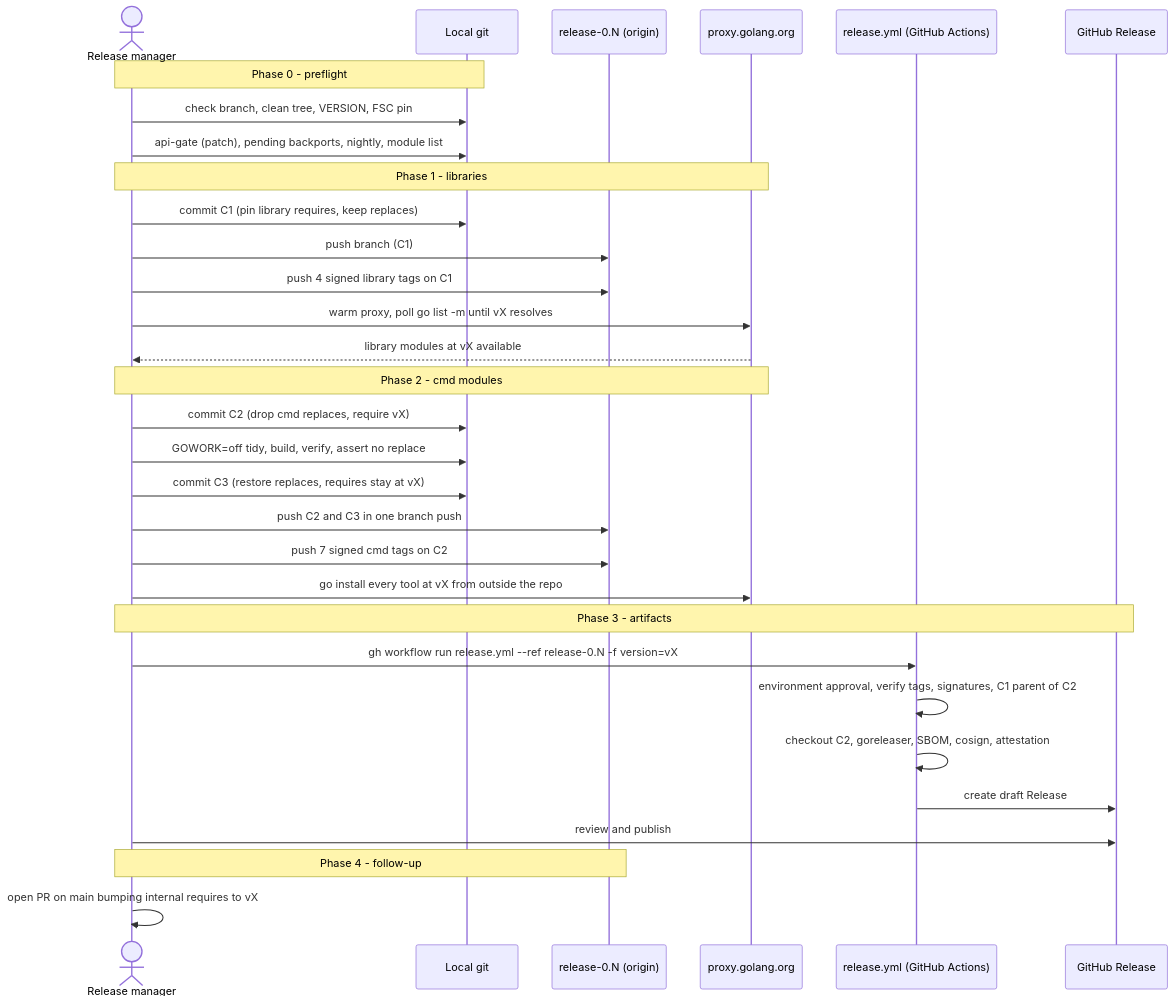
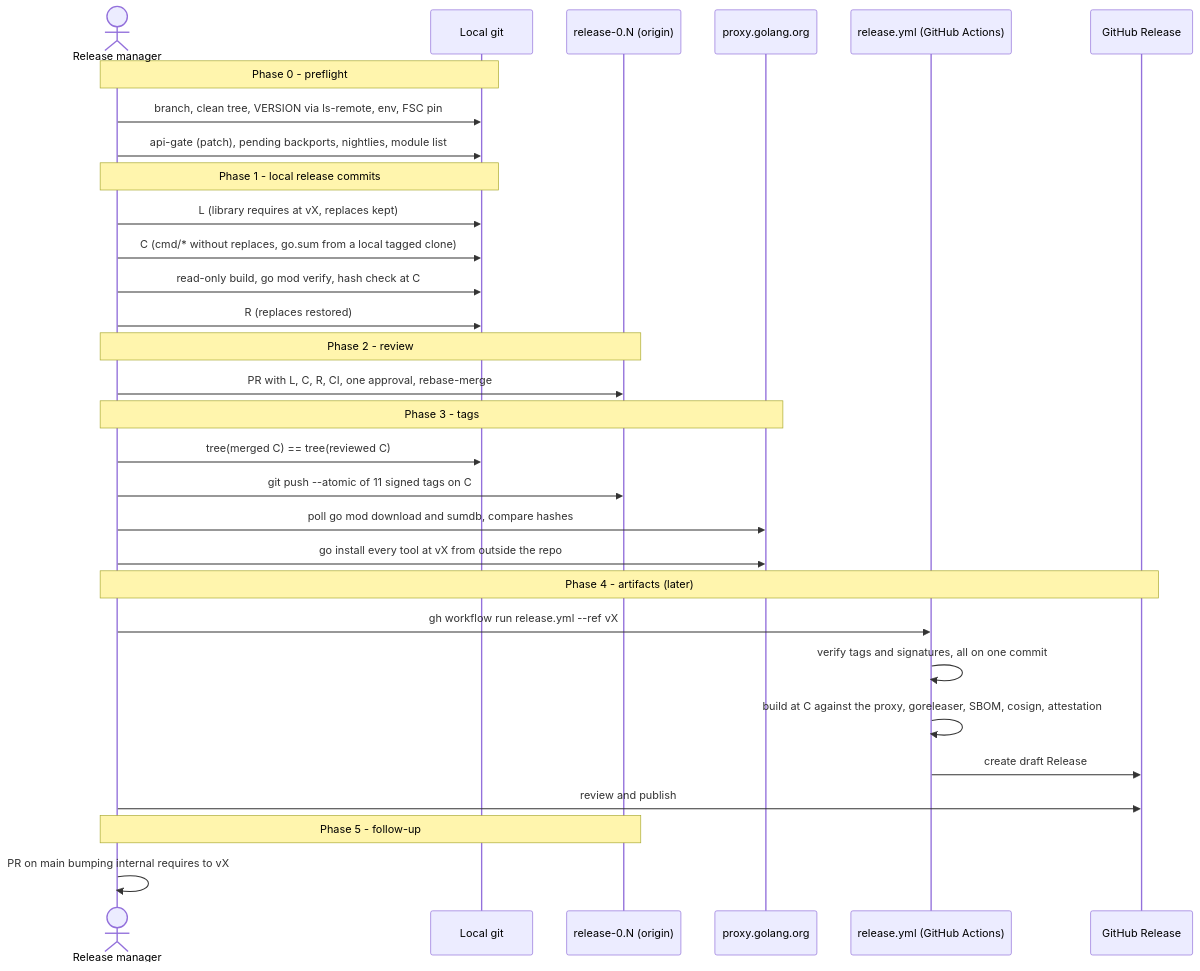
The third of 7 diagrams in docs/proposals/release-process.md (LFDT-Panurus/panurus), drawn with Mermaid before and after one commit. The commit also changed other lines of this file, not shown here.

First line of the commit message:
docs(proposals): revise release process after independent review

````diff
--- a/docs/proposals/release-process.md
+++ b/docs/proposals/release-process.md
@@ -250,33 +268,32 @@
 ```mermaid
 sequenceDiagram
     actor RM as Release manager
     participant G as Local git
     participant B as release-0.N (origin)
     participant P as proxy.golang.org
     participant W as release.yml (GitHub Actions)
     participant R as GitHub Release
     Note over RM,G: Phase 0 - preflight
-    RM->>G: check branch, clean tree, VERSION, FSC pin
-    RM->>G: api-gate (patch), pending backports, nightly, module list
-    Note over RM,P: Phase 1 - libraries
-    RM->>G: commit C1 (pin library requires, keep replaces)
-    RM->>B: push branch (C1)
-    RM->>B: push 4 signed library tags on C1
-    RM->>P: warm proxy, poll go list -m until vX resolves
-    P-->>RM: library modules at vX available
-    Note over RM,P: Phase 2 - cmd modules
-    RM->>G: commit C2 (drop cmd replaces, require vX)
-    RM->>G: GOWORK=off tidy, build, verify, assert no replace
-    RM->>G: commit C3 (restore replaces, requires stay at vX)
-    RM->>B: push C2 and C3 in one branch push
-    RM->>B: push 7 signed cmd tags on C2
+    RM->>G: branch, clean tree, VERSION via ls-remote, env, FSC pin
+    RM->>G: api-gate (patch), pending backports, nightlies, module list
+    Note over RM,G: Phase 1 - local release commits
+    RM->>G: L (library requires at vX, replaces kept)
+    RM->>G: C (cmd/* without replaces, go.sum from a local tagged clone)
+    RM->>G: read-only build, go mod verify, hash check at C
+    RM->>G: R (replaces restored)
+    Note over RM,B: Phase 2 - review
+    RM->>B: PR with L, C, R, CI, one approval, rebase-merge
+    Note over RM,P: Phase 3 - tags
+    RM->>G: tree(merged C) == tree(reviewed C)
+    RM->>B: git push --atomic of 11 signed tags on C
+    RM->>P: poll go mod download and sumdb, compare hashes
     RM->>P: go install every tool at vX from outside the repo
-    Note over RM,R: Phase 3 - artifacts
-    RM->>W: gh workflow run release.yml --ref release-0.N -f version=vX
-    W->>W: environment approval, verify tags, signatures, C1 parent of C2
-    W->>W: checkout C2, goreleaser, SBOM, cosign, attestation
+    Note over RM,R: Phase 4 - artifacts (later)
+    RM->>W: gh workflow run release.yml --ref vX
+    W->>W: verify tags and signatures, all on one commit
+    W->>W: build at C against the proxy, goreleaser, SBOM, cosign, attestation
     W->>R: create draft Release
     RM->>R: review and publish
-    Note over RM,B: Phase 4 - follow-up
-    RM->>RM: open PR on main bumping internal requires to vX
+    Note over RM,B: Phase 5 - follow-up
+    RM->>RM: PR on main bumping internal requires to vX
 ```
````
